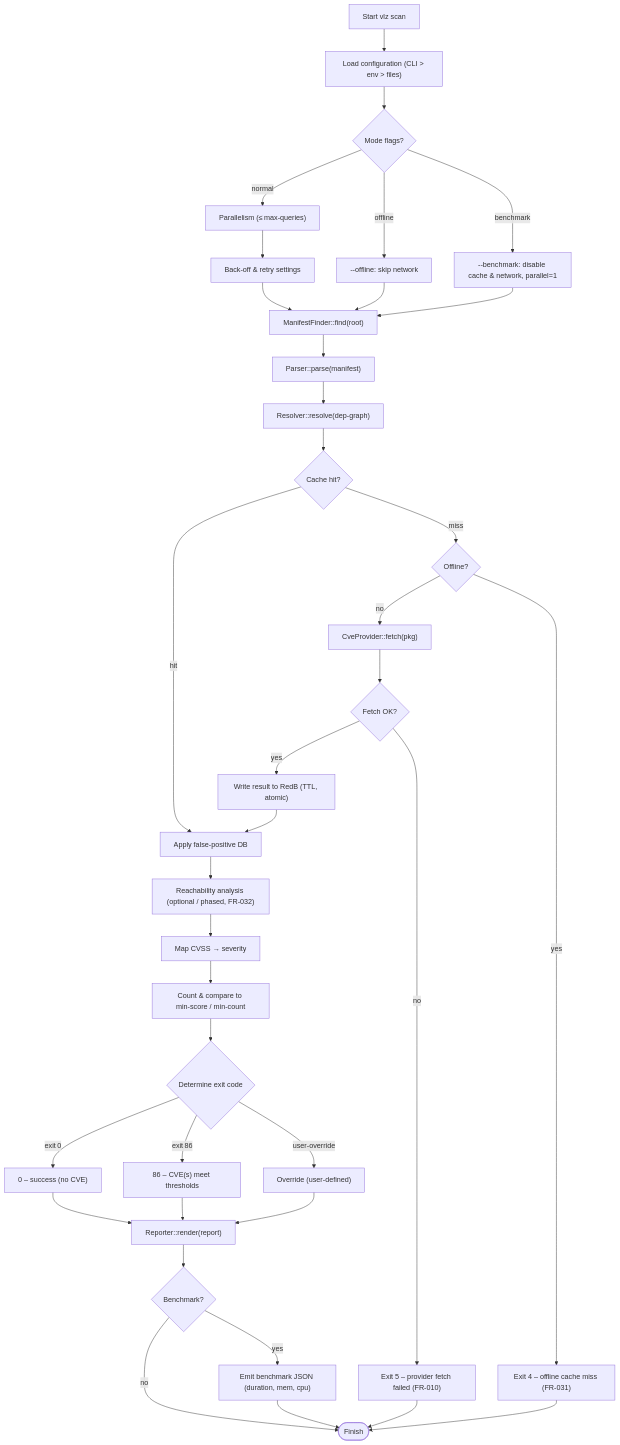
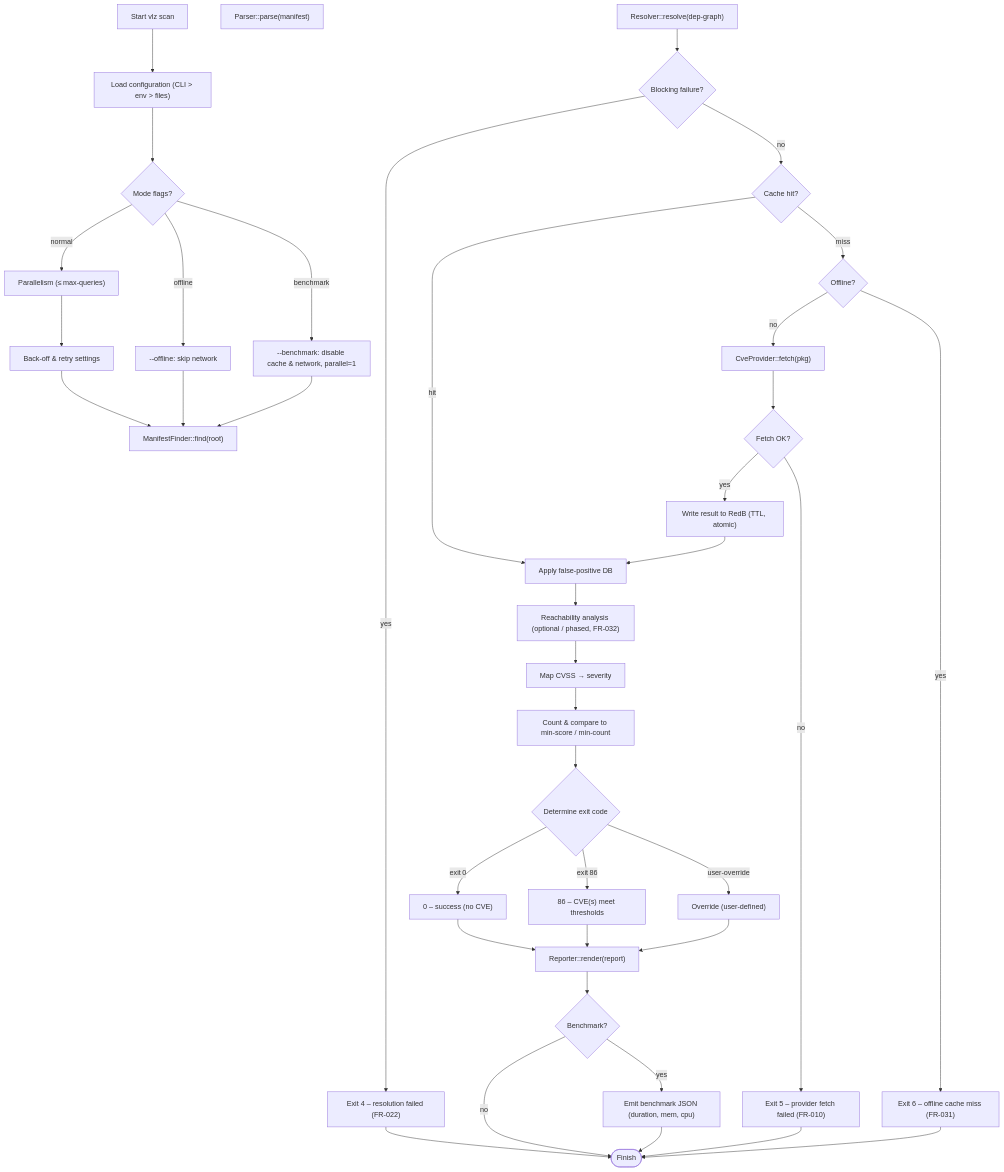
Before and after one commit to verilyze/verilyze: the diagram in architecture/execution-flow.mmd, drawn with Mermaid. The commit also changed 21 other files, not shown here.

```diff
--- a/architecture/execution-flow.mmd
+++ b/architecture/execution-flow.mmd
@@ -1,77 +1,80 @@
 flowchart TD
     %% Entry point
     Start["Start vlz scan"]
 
     %% Configuration & environment
     Config["Load configuration (CLI > env > files)"]
     ModeCheck{"Mode flags?"}
     Offline["--offline: skip network"]
     Benchmark["--benchmark: disable cache & network, parallel=1"]
     BenchmarkCheck{"Benchmark?"}
     ParallelCfg["Parallelism (≤ max‑queries)"]
     BackoffCfg["Back‑off & retry settings"]
 
     %% Scanning phases
     Find["ManifestFinder::find(root)"]
     Parse["Parser::parse(manifest)"]
     Resolve["Resolver::resolve(dep‑graph)"]
     Reachability["Reachability analysis (optional / phased, FR-032)"]
 
     %% Cache handling
     CacheCheck{Cache hit?}
 
     %% Offline handling
     OfflineCheck{Offline?}
 
     %% Post‑lookup processing
     FPFilter["Apply false‑positive DB"]
     Severity["Map CVSS → severity"]
     Threshold["Count & compare to min‑score / min‑count"]
 
     %% Exit‑code logic
     ExitDecision{"Determine exit code"}
     ExitNormal["0 – success (no CVE)"]
     ExitCVE["86 – CVE(s) meet thresholds"]
     ExitOverride["Override (user‑defined)"]
 
     %% Reporting
     Report["Reporter::render(report)"]
     BenchReport["Emit benchmark JSON (duration, mem, cpu)"]
 
     %% Finish
     End([Finish])
 
     %% Flow connections
     Start --> Config --> ModeCheck
     ModeCheck -- normal --> ParallelCfg
     ModeCheck -- offline --> Offline
     ModeCheck -- benchmark --> Benchmark
 
     ParallelCfg --> BackoffCfg --> Find
     Offline --> Find
     Benchmark --> Find
 
-    Find --> Parse --> Resolve --> CacheCheck
+    Resolve --> ResolveOK{Blocking failure?}
+    ResolveOK -- yes --> ResolveError["Exit 4 – resolution failed (FR-022)"]
+    ResolveError --> End
+    ResolveOK -- no --> CacheCheck
 
     CacheCheck -- hit --> FPFilter
     CacheCheck -- miss --> OfflineCheck
     OfflineCheck -- no --> Query["CveProvider::fetch(pkg)"]
     Query --> QueryResult{Fetch OK?}
     QueryResult -- yes --> CacheWrite["Write result to RedB (TTL, atomic)"] --> FPFilter
     QueryResult -- no --> FetchError["Exit 5 – provider fetch failed (FR-010)"]
     FetchError --> End
-    OfflineCheck -- yes --> OfflineError["Exit 4 – offline cache miss (FR-031)"]
+    OfflineCheck -- yes --> OfflineError["Exit 6 – offline cache miss (FR-031)"]
     OfflineError --> End
 
     FPFilter --> Reachability --> Severity --> Threshold --> ExitDecision
     ExitDecision -- exit 0 --> ExitNormal
     ExitDecision -- exit 86 --> ExitCVE
     ExitDecision -- user‑override --> ExitOverride
 
     ExitNormal --> Report
     ExitCVE --> Report
     ExitOverride --> Report
 
     Report --> BenchmarkCheck
     BenchmarkCheck -- no --> End
     BenchmarkCheck -- yes --> BenchReport --> End
```
